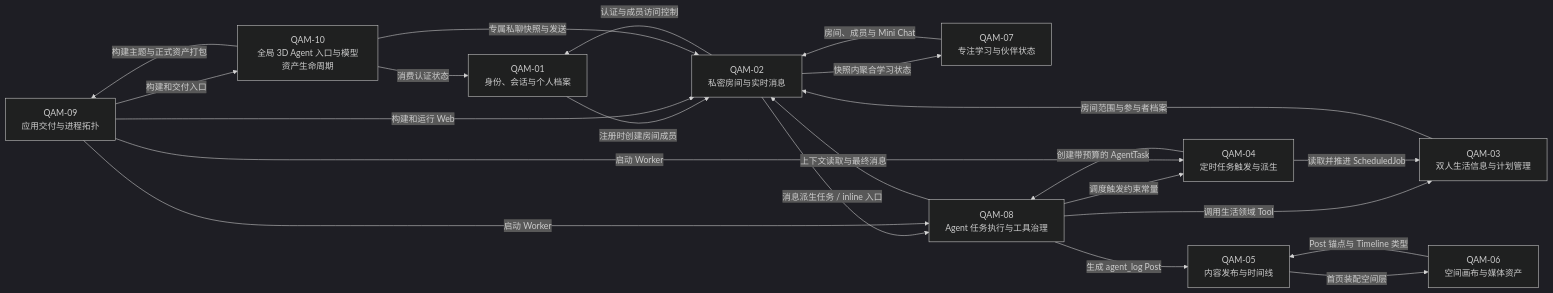
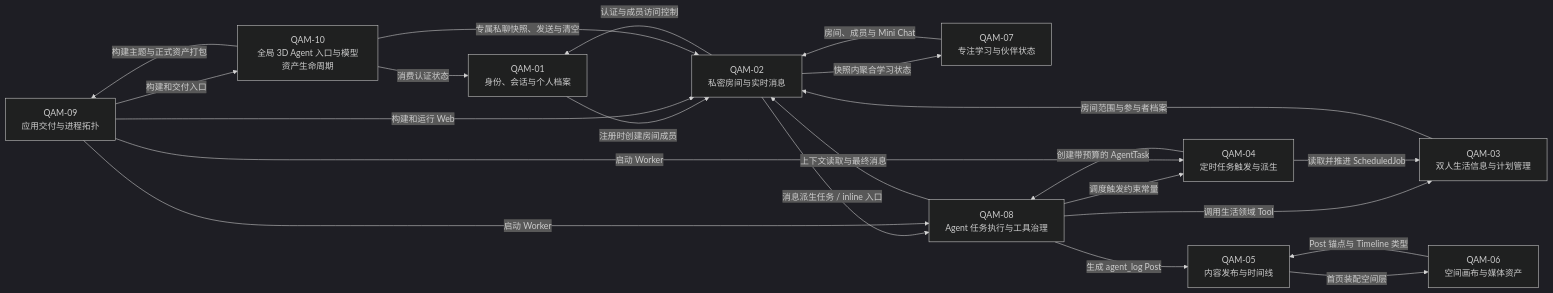
Before and after one commit to liuxiaoxuanmmj/xoxoMeridian: the diagram in PROJECT_VIEW.md, drawn with Mermaid (dark theme). The commit also changed other lines of this file and 18 other files, not shown here.

````diff
--- a/PROJECT_VIEW.md
+++ b/PROJECT_VIEW.md
@@ -75,35 +75,35 @@
 ```mermaid
 flowchart LR
   Q1[QAM-01<br/>身份、会话与个人档案]
   Q2[QAM-02<br/>私密房间与实时消息]
   Q3[QAM-03<br/>双人生活信息与计划管理]
   Q4[QAM-04<br/>定时任务触发与派生]
   Q5[QAM-05<br/>内容发布与时间线]
   Q6[QAM-06<br/>空间画布与媒体资产]
   Q7[QAM-07<br/>专注学习与伙伴状态]
   Q8[QAM-08<br/>Agent 任务执行与工具治理]
   Q9[QAM-09<br/>应用交付与进程拓扑]
   Q10[QAM-10<br/>全局 3D Agent 入口与模型资产生命周期]
 
   Q1 -->|注册时创建房间成员| Q2
   Q2 -->|认证与成员访问控制| Q1
   Q2 -->|消息派生任务 / inline 入口| Q8
   Q8 -->|上下文读取与最终消息| Q2
   Q3 -->|房间范围与参与者档案| Q2
   Q8 -->|调用生活领域 Tool| Q3
   Q4 -->|读取并推进 ScheduledJob| Q3
   Q4 -->|创建带预算的 AgentTask| Q8
   Q8 -->|调度触发约束常量| Q4
   Q5 -->|首页装配空间层| Q6
   Q6 -->|Post 锚点与 Timeline 类型| Q5
   Q7 -->|房间、成员与 Mini Chat| Q2
   Q2 -->|快照内聚合学习状态| Q7
   Q8 -->|生成 agent_log Post| Q5
   Q9 -->|构建和运行 Web| Q2
   Q9 -->|启动 Worker| Q4
   Q9 -->|启动 Worker| Q8
   Q10 -->|消费认证状态| Q1
-  Q10 -->|专属私聊快照与发送| Q2
+  Q10 -->|专属私聊快照、发送与清空| Q2
   Q10 -->|构建主题与正式资产打包| Q9
   Q9 -->|构建和交付入口| Q10
 ```
````
